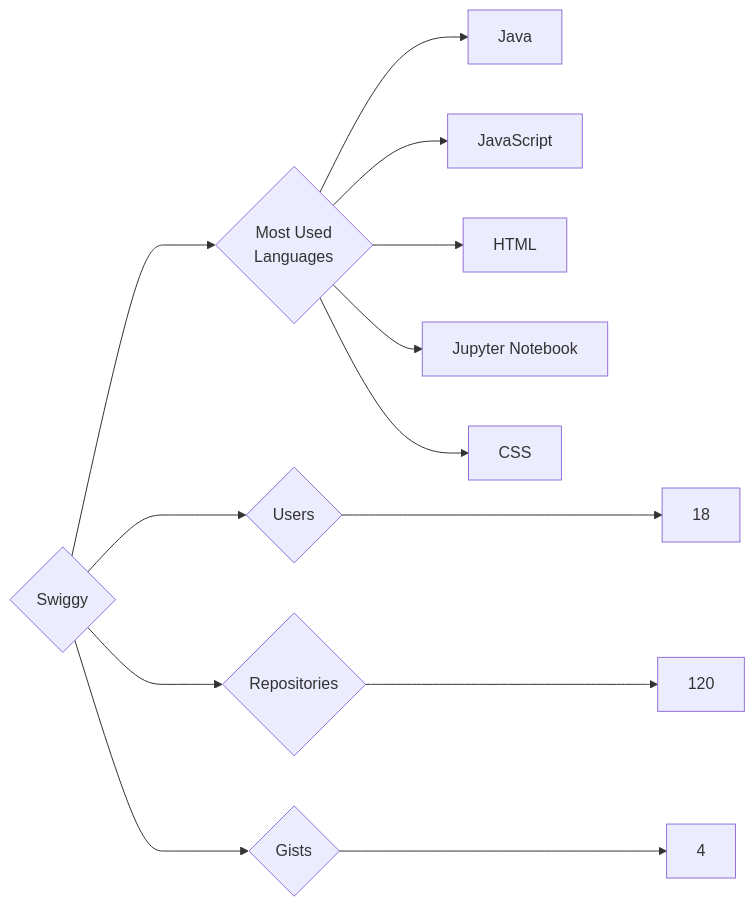
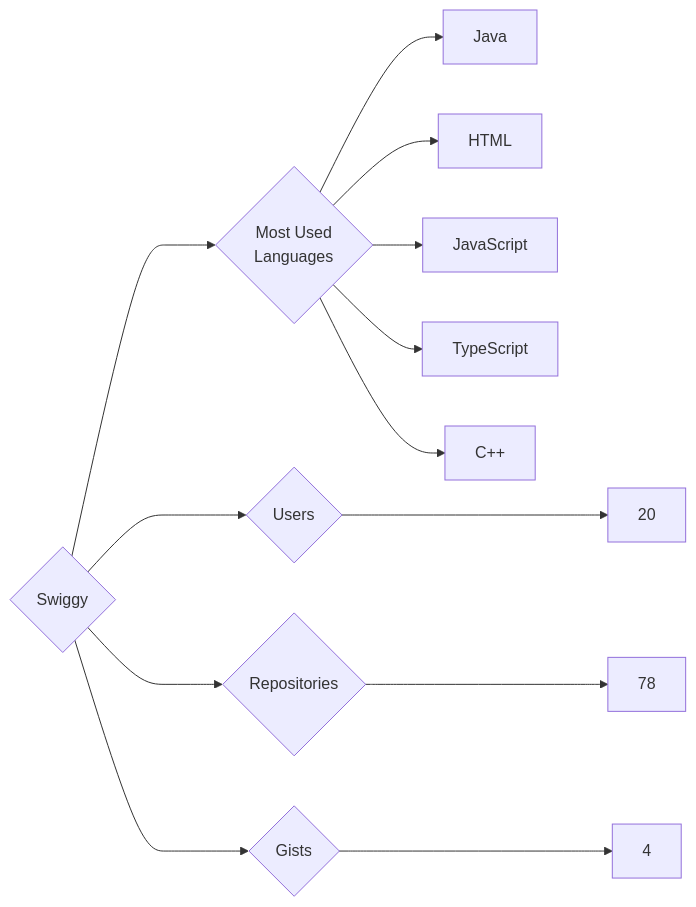
Before and after one commit to trickest/insiders: the diagram in targets/Swiggy/README.md, drawn with Mermaid. The commit also changed 1479 other files, not shown here.

````diff
--- a/targets/Swiggy/README.md
+++ b/targets/Swiggy/README.md
@@ -3,13 +3,13 @@
 ```mermaid
 graph LR
 COMPANY_NAME{Swiggy}
-COMPANY_NAME ---> U{Users} ---> UN[18]
-COMPANY_NAME ---> R{Repositories} ---> RN[120]
+COMPANY_NAME ---> U{Users} ---> UN[20]
+COMPANY_NAME ---> R{Repositories} ---> RN[78]
 COMPANY_NAME ---> G{Gists} ---> GN[4]
 COMPANY_NAME ---> ML{Most Used<br>Languages}
 ML --> Java[Java]
+ML --> HTML[HTML]
 ML --> JavaScript[JavaScript]
-ML --> HTML[HTML]
-ML --> Jupyter_Notebook[Jupyter Notebook]
-ML --> CSS[CSS]
+ML --> TypeScript[TypeScript]
+ML --> C++[C++]
 ```
````
